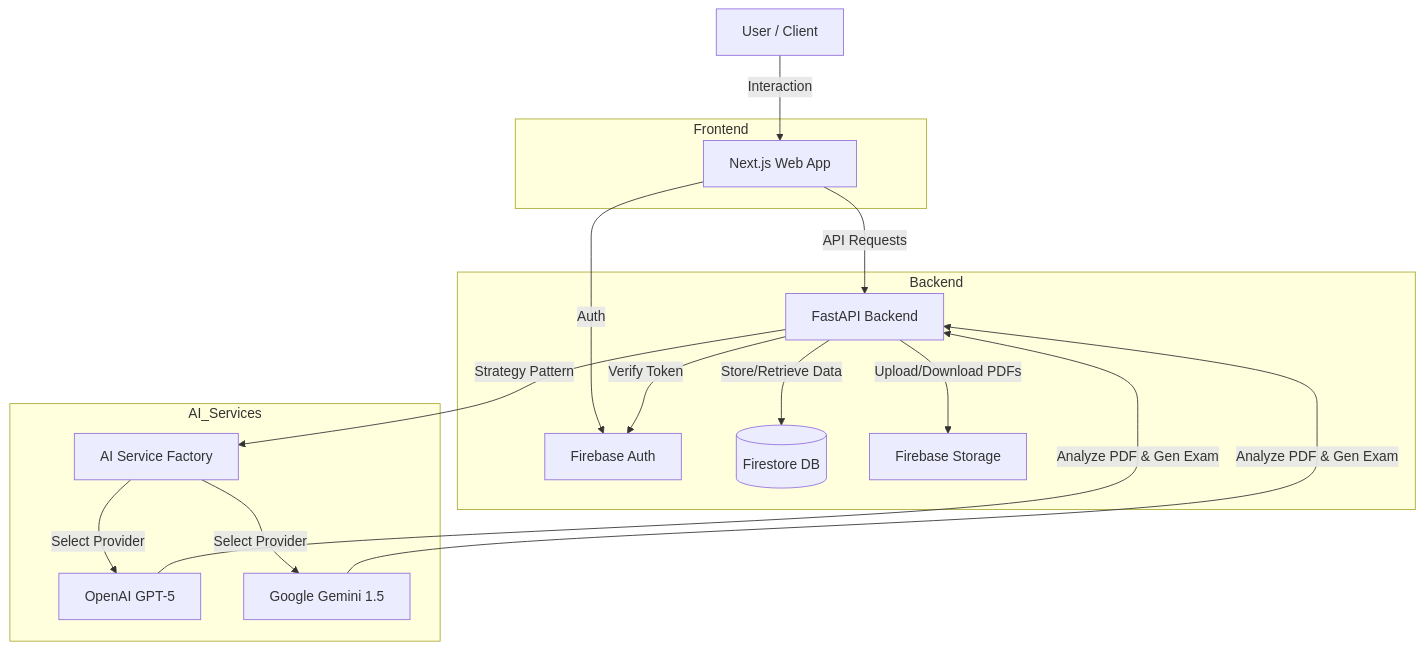
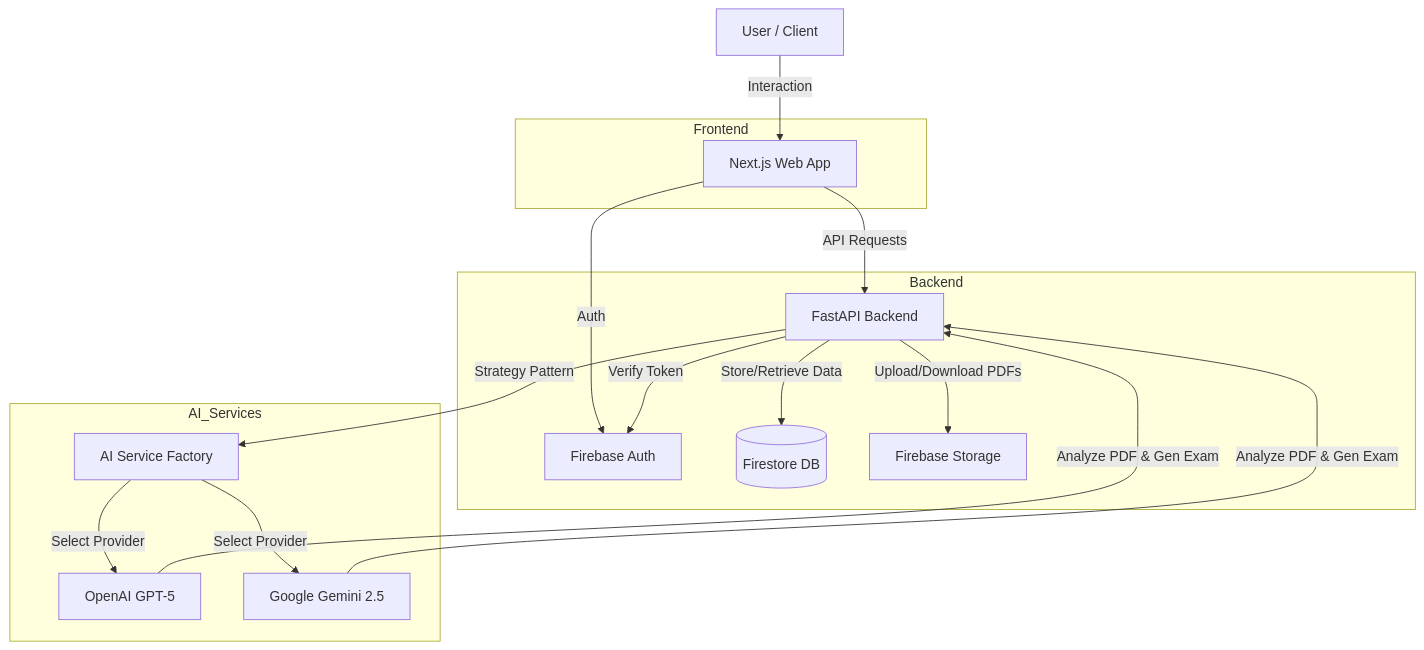
Before and after one commit to testme-cau/testme-cau-be: the diagram in README.md, drawn with Mermaid. The commit also changed other lines of this file and 2 other files, not shown here.

Commit message:
chore(ai): Gemini 모델 버전을 1.5에서 2.5로 업데이트

````diff
--- a/README.md
+++ b/README.md
@@ -9,36 +9,36 @@
 ```mermaid
 graph TD
     User[User / Client]
     
     subgraph Frontend
         Web[Next.js Web App]
     end
     
     subgraph Backend
         API[FastAPI Backend]
         Auth[Firebase Auth]
         DB[(Firestore DB)]
         Storage[Firebase Storage]
     end
     
     subgraph AI_Services
         Factory[AI Service Factory]
         GPT[OpenAI GPT-5]
-        Gemini[Google Gemini 1.5]
+        Gemini[Google Gemini 2.5]
     end
 
     User -->|Interaction| Web
     Web -->|API Requests| API
     Web -->|Auth| Auth
     
     API -->|Verify Token| Auth
     API -->|Store/Retrieve Data| DB
     API -->|Upload/Download PDFs| Storage
     
     API -->|Strategy Pattern| Factory
     Factory -->|Select Provider| GPT
     Factory -->|Select Provider| Gemini
     
     GPT -->|Analyze PDF & Gen Exam| API
     Gemini -->|Analyze PDF & Gen Exam| API
 ```
````
